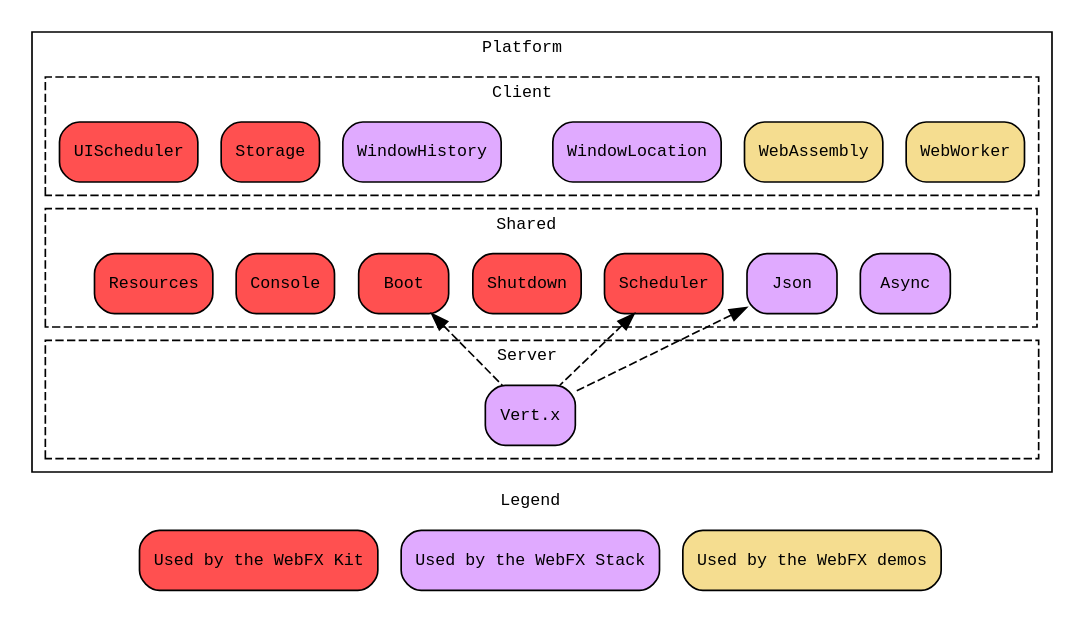
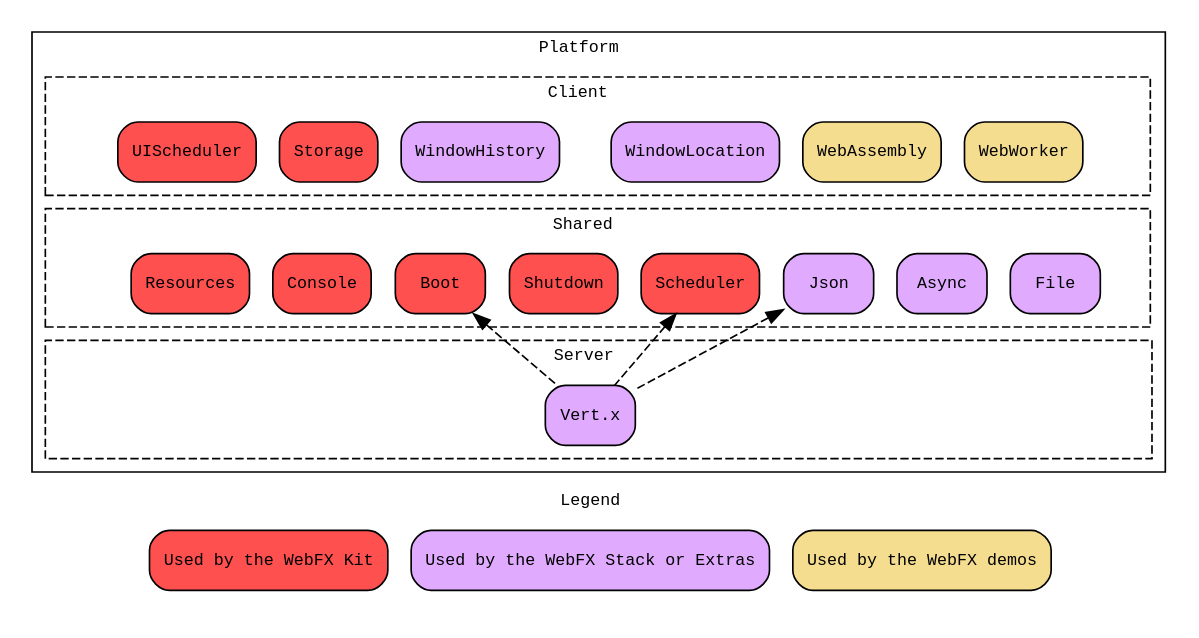
One commit to webfx-project/webfx-docs changed the diagram in src/main/asciidoc/webfx-platform/webfx-platform.adoc. Above: the diagram before and after it, drawn with Graphviz.

Commit message:
Added File in WebFX Platform diagram

```diff
--- a/src/main/asciidoc/webfx-platform/webfx-platform.adoc
+++ b/src/main/asciidoc/webfx-platform/webfx-platform.adoc
@@ -14,6 +14,7 @@
             style = "dashed"
             label = "Client    "
 
+            CL [shape=point, width=0.3, style=invis]
             UIScheduler [fillcolor="#ff5050"]
             Storage [fillcolor="#ff5050"]
             WindowHistory [fillcolor="#e0aaff"]
@@ -21,16 +22,17 @@
             WindowLocation [fillcolor="#e0aaff"]
             WebAssembly
             WebWorker
+            CR [shape=point, width=0.25, style=invis]
 
-            {rank=same UIScheduler Storage WindowHistory PC WindowLocation WebAssembly WebWorker}
-            UIScheduler -> Storage -> WindowHistory -> PC -> WindowLocation -> WebAssembly -> WebWorker [style=invis]
+            {rank=same CL UIScheduler Storage WindowHistory PC WindowLocation WebAssembly WebWorker CR}
+            CL -> UIScheduler -> Storage -> WindowHistory -> PC -> WindowLocation -> WebAssembly -> WebWorker -> CR [style=invis]
         }
 
         subgraph cluster_SHR {
             label = "Shared   "
             style = "dashed"
 
-            SHRL [shape=point, width=0.1, style=invis]
+            SHRL [shape=point, width=0.41, style=invis]
             Boot [fillcolor="#ff5050"]
             Resources [fillcolor="#ff5050"]
             Console [fillcolor="#ff5050"]
@@ -38,19 +40,20 @@
             Scheduler [fillcolor="#ff5050"]
             Json [fillcolor="#e0aaff"]
             Async [fillcolor="#e0aaff"]
-            SHRR [shape=point, width=0.41, style=invis]
+            File [fillcolor="#e0aaff"]
+            SHRR [shape=point, width=0.1, style=invis]
 
-            {rank=same SHRL Boot Resources Console Shutdown Scheduler Json Async SHRR}
-            SHRL -> Resources -> Console -> Boot -> Shutdown -> Scheduler -> Json -> Async -> SHRR [style=invis]
+            {rank=same SHRL Boot Resources Console Shutdown Scheduler Json Async File SHRR}
+            SHRL -> Resources -> Console -> Boot -> Shutdown -> Scheduler -> Json -> Async -> File -> SHRR [style=invis]
         }
 
         subgraph cluster_S {
             label = "Server   "
             style = "dashed"
 
-            SL [width=3.35, style=invis]
+            SL [width=3.85, style=invis]
             Vertx [label="Vert.x", fillcolor="#e0aaff"]
-            SR [width=3.55, style=invis]
+            SR [width=4, style=invis]
 
             {rank=same SL Vertx SR}
             SL -> Vertx -> SR [style=invis]
@@ -70,7 +73,7 @@
         peripheries=0
 
         Kit [label="Used by the WebFX Kit", fillcolor="#ff5050"]
-        Stack [label = "Used by the WebFX Stack", fillcolor="#e0aaff"]
+        Stack [label = "Used by the WebFX Stack or Extras", fillcolor="#e0aaff"]
         Demos [label = "Used by the WebFX demos"]
 
         {rank=same Kit Stack Demos}
```
